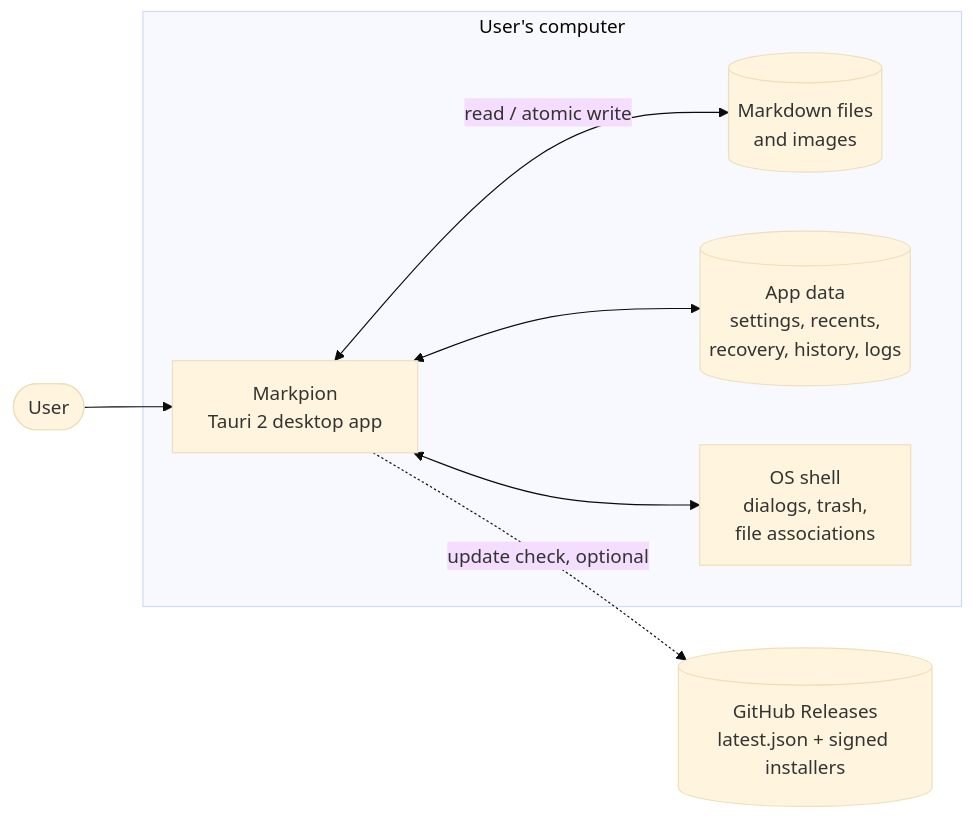
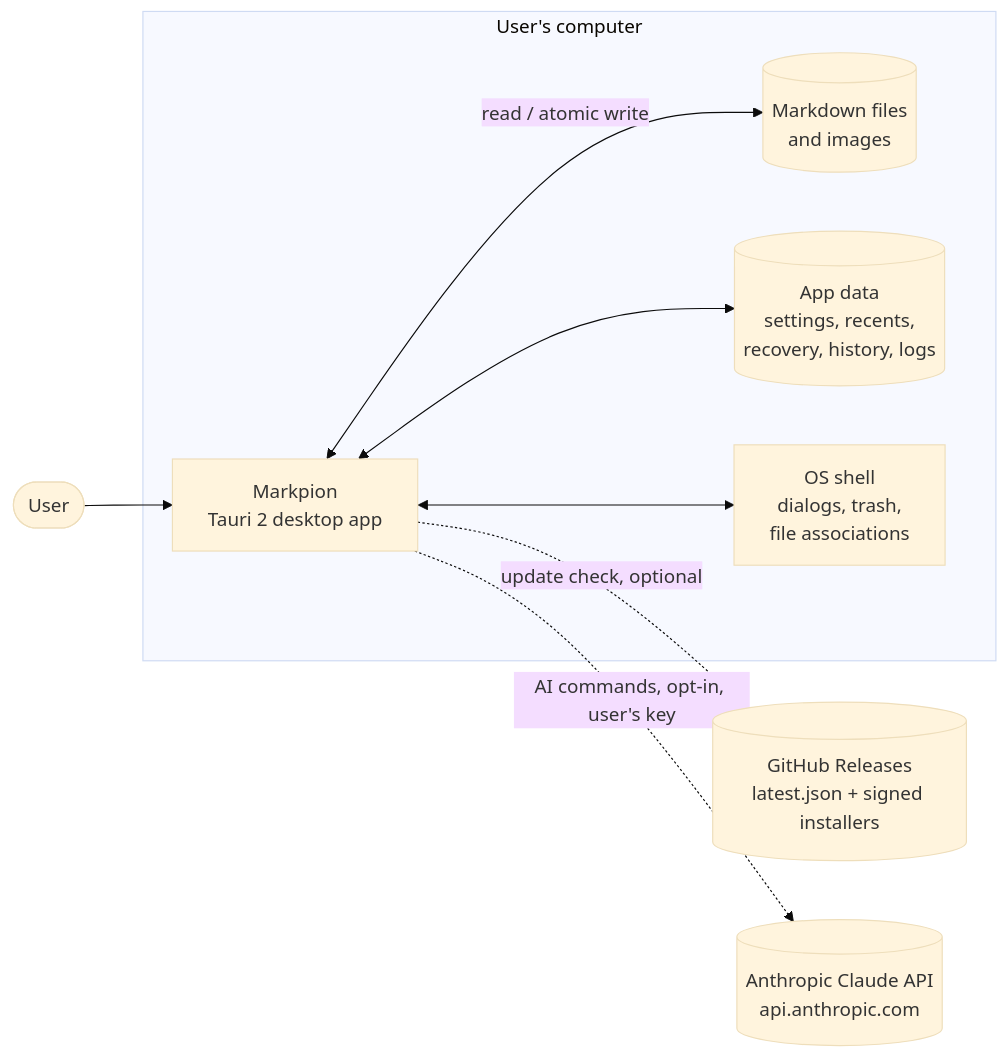
The first of 10 diagrams in docs/DESIGN.md (nasimuddin-dev/markdown-studio), drawn with Mermaid (base theme) before and after one commit. The commit also changed other lines of this file and 30 other files, not shown here.

````diff
--- a/docs/DESIGN.md
+++ b/docs/DESIGN.md
@@ -11,17 +11,19 @@
 ```mermaid
 flowchart LR
   user([User])
   subgraph pc[User's computer]
     app[Markpion<br/>Tauri 2 desktop app]
     files[(Markdown files<br/>and images)]
     appdata[(App data<br/>settings, recents,<br/>recovery, history, logs)]
     os[OS shell<br/>dialogs, trash,<br/>file associations]
   end
   gh[(GitHub Releases<br/>latest.json + signed installers)]
+  claude[(Anthropic Claude API<br/>api.anthropic.com)]
 
   user --> app
   app <-->|read / atomic write| files
   app <--> appdata
   app <--> os
   app -.->|update check, optional| gh
+  app -.->|"AI commands, opt-in, user's key"| claude
 ```
````
